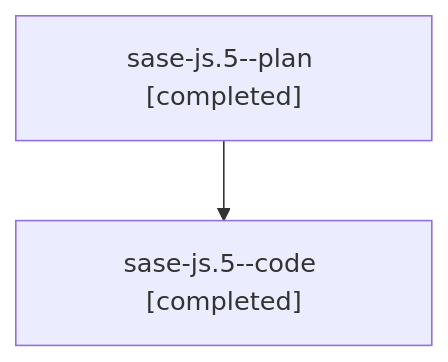
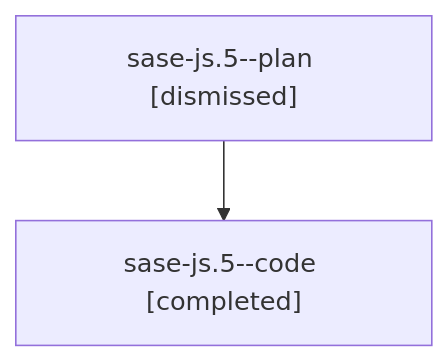
The diagram in families/bbugyi200.athena.sase-js.5.md (sase-org/sase--agents), drawn with Mermaid before and after one commit. The commit also changed other lines of this file and 1163 other files, not shown here.

````diff
--- a/families/bbugyi200.athena.sase-js.5.md
+++ b/families/bbugyi200.athena.sase-js.5.md
@@ -9,6 +9,6 @@
 ```mermaid
 flowchart TD
-  n0["sase-js.5--plan [completed]"]
+  n0["sase-js.5--plan [dismissed]"]
   n1["sase-js.5--code [completed]"]
   n0 --> n1
 ```
````
